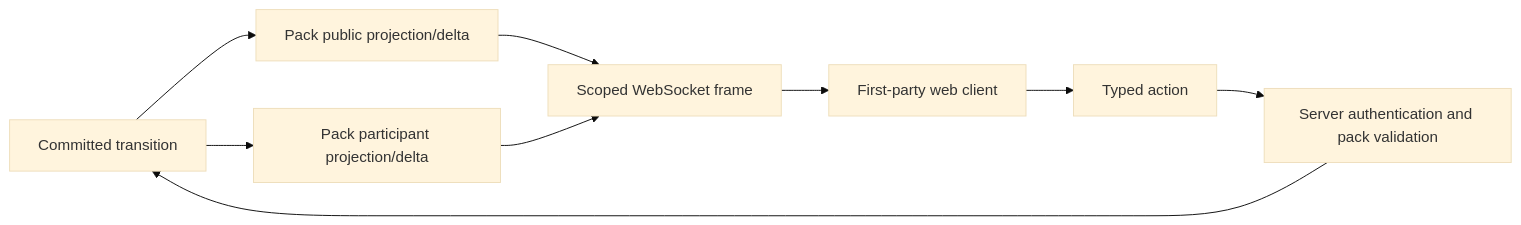
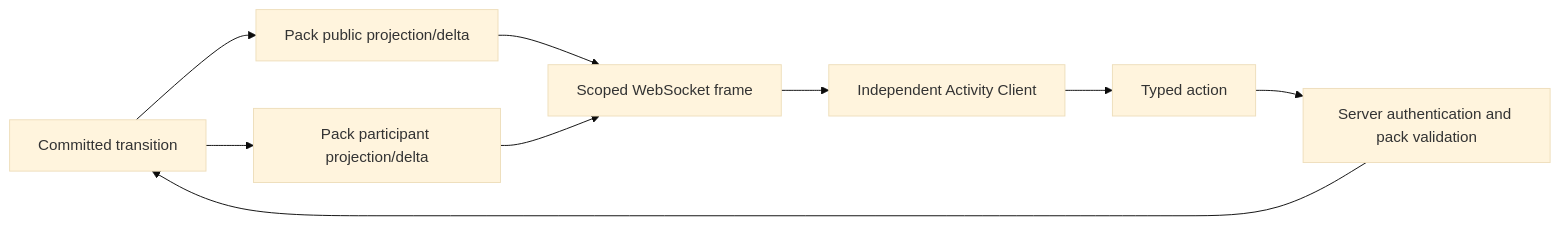
Before and after one commit to imom39a/worldstream: the diagram in docs/ui-architecture.md, drawn with Mermaid (base theme). The commit also changed other lines of this file and 84 other files, not shown here.

```diff
--- a/docs/ui-architecture.md
+++ b/docs/ui-architecture.md
@@ -45,11 +45,11 @@
 ~~~mermaid
 flowchart LR
     E["Committed transition"] --> PP["Pack public projection/delta"]
     E --> MP["Pack participant projection/delta"]
     PP --> WS["Scoped WebSocket frame"]
     MP --> WS
-    WS --> UI["First-party web client"]
+    WS --> UI["Independent Activity Client"]
     UI --> ACT["Typed action"]
     ACT --> V["Server authentication and pack validation"]
     V --> E
 ~~~
```
